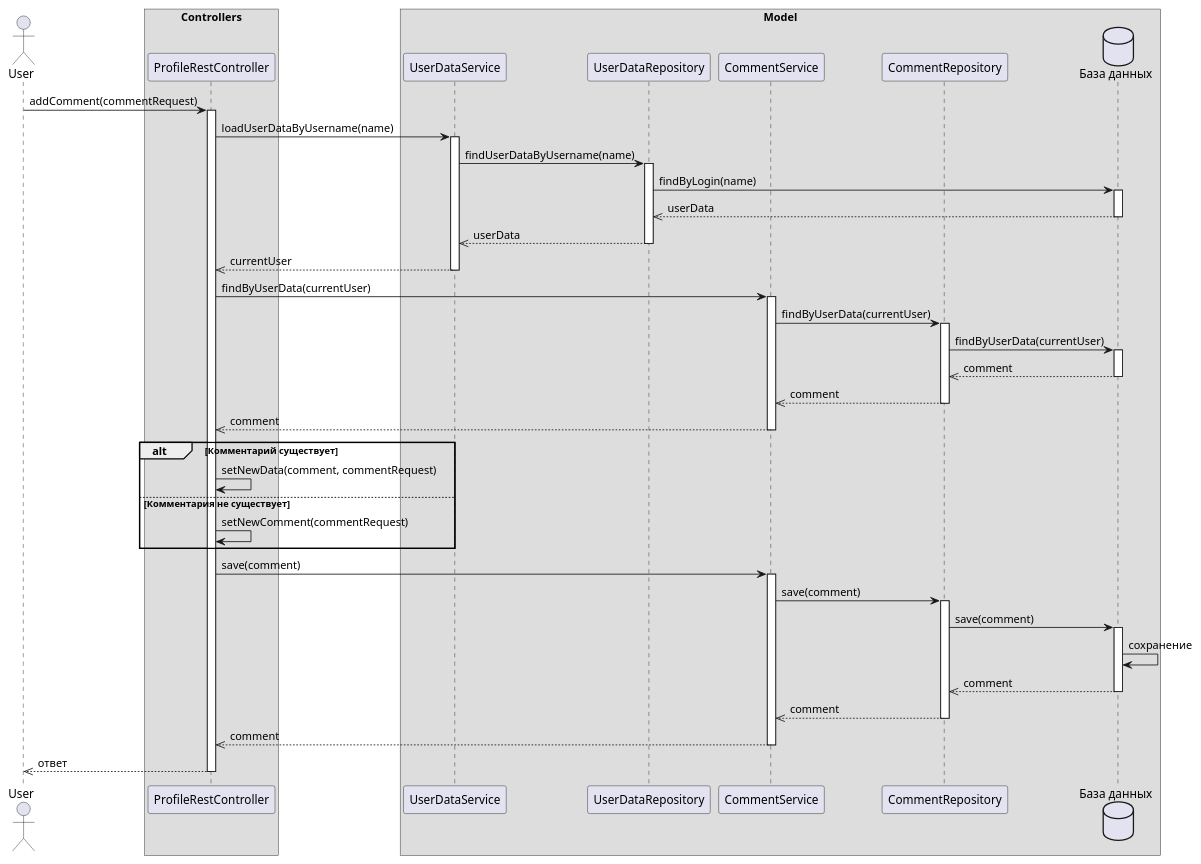
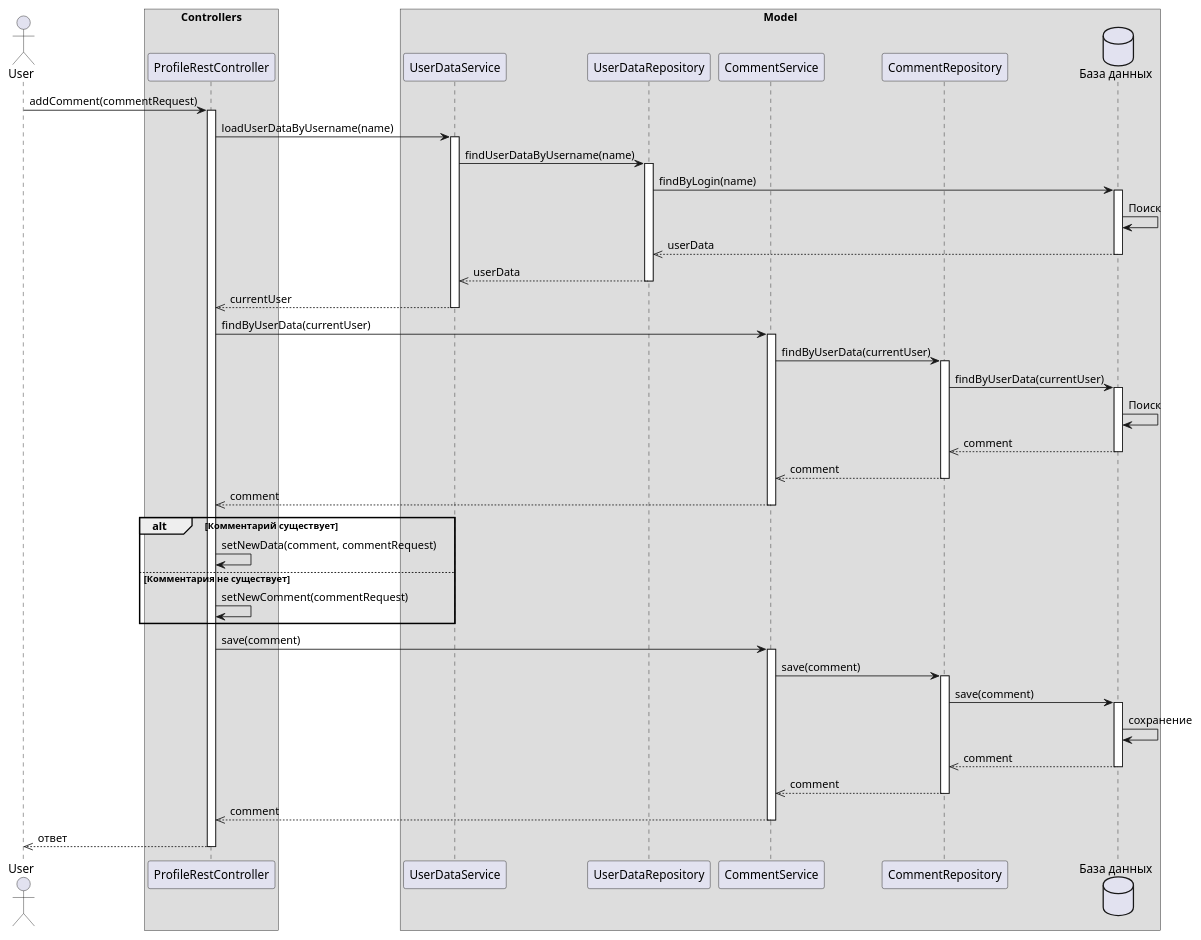
Before and after one commit to UniqueEugen/TutorService: the diagram in src/main/resources/diagrams/SequenceD.puml, drawn with PlantUML. The commit also changed 5 other files, not shown here.

```diff
--- a/src/main/resources/diagrams/SequenceD.puml
+++ b/src/main/resources/diagrams/SequenceD.puml
@@ -1,79 +1,83 @@
 @startuml
 actor User
 box "Controllers"
     participant "ProfileRestController" as PRC
 box end
 box "Model"
     participant "UserDataService" as UDS
     participant "UserDataRepository" as UDR
     participant "CommentService" as CS
     participant "CommentRepository" as CR
     database "База данных" as DB
 
 User -> PRC : addComment(commentRequest)
 activate PRC
 
 PRC -> UDS : loadUserDataByUsername(name)
 activate UDS
 
 UDS -> UDR : findUserDataByUsername(name)
 activate UDR
 
 UDR -> DB : findByLogin(name)
 activate DB
 
+DB -> DB : Поиск
+
 DB -->> UDR : userData
 deactivate DB
 
 UDR -->> UDS : userData
 deactivate UDR
 
 UDS -->> PRC : currentUser
 deactivate UDS
 
 PRC -> CS : findByUserData(currentUser)
 activate CS
 
 CS -> CR : findByUserData(currentUser)
 activate CR
 
 CR ->  DB : findByUserData(currentUser)
 activate DB
+
+DB -> DB : Поиск
 
 DB -->> CR : comment
 deactivate DB
 
 CR -->> CS : comment
 deactivate CR
 
 CS -->> PRC : comment
 deactivate CS
 
 alt Комментарий существует
     PRC -> PRC : setNewData(comment, commentRequest)
     else Комментария не существует
     PRC -> PRC : setNewComment(commentRequest)
 end
 
 PRC -> CS : save(comment)
 activate CS
 
 CS -> CR : save(comment)
 activate CR
 
 CR -> DB : save(comment)
 activate DB
 DB -> DB : сохранение
 DB -->> CR : comment
 deactivate DB
 
 CR -->> CS : comment
 deactivate CR
 
 CS -->> PRC : comment
 deactivate CS
 
 PRC -->> User : ответ
 deactivate PRC
 
 @enduml
```
